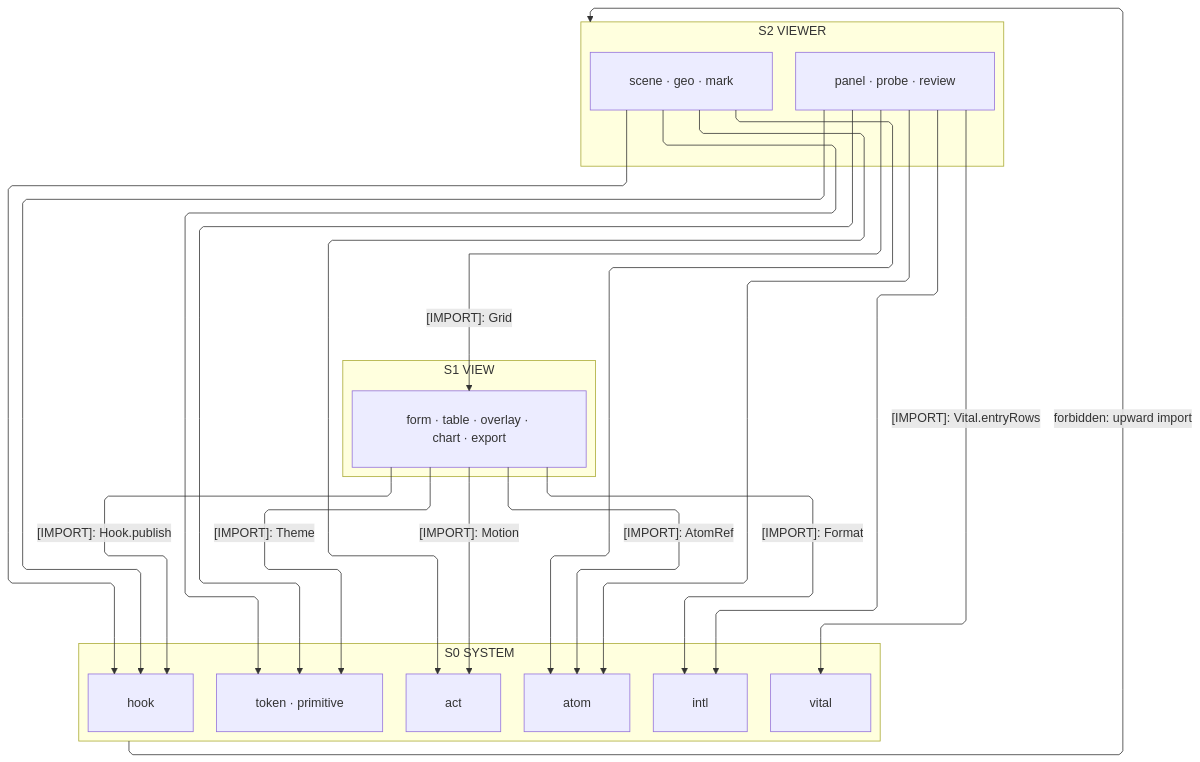
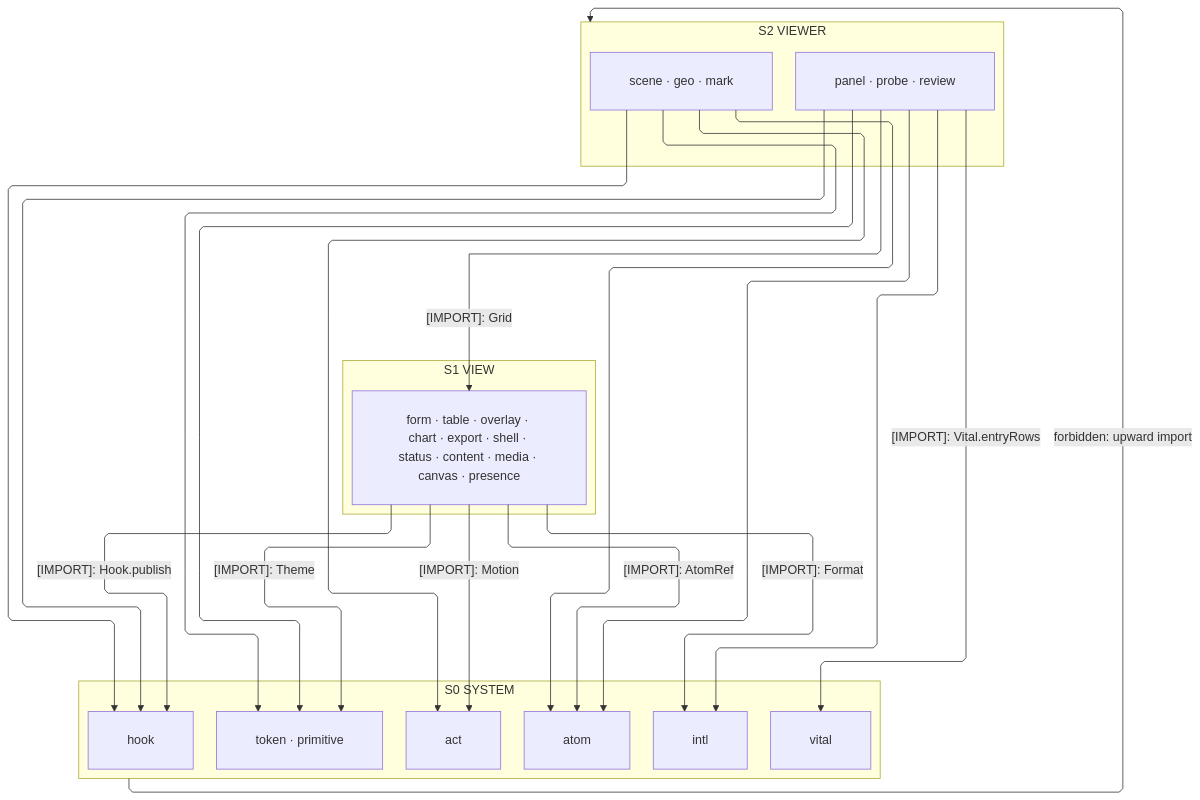
Before and after one commit to bsamiee/Rasm: the first of 3 diagrams in libs/typescript/ui/ARCHITECTURE.md, drawn with Mermaid. The commit also changed other lines of this file and 44 other files, not shown here.

````diff
--- a/libs/typescript/ui/ARCHITECTURE.md
+++ b/libs/typescript/ui/ARCHITECTURE.md
@@ -45,43 +55,43 @@
 ```mermaid
 ---
 config:
   layout: elk
   flowchart:
     curve: linear
     padding: 25
 ---
 flowchart TB
     accTitle: Ui interior import strata
     accDescr: Three strata — the viewer project over the view surfaces onto the system floor; imports downward, one forbidden upward edge.
     subgraph S2["S2 VIEWER"]
         Scene["scene · geo · mark"]
         Board["panel · probe · review"]
     end
     subgraph S1["S1 VIEW"]
-        View["form · table · overlay · chart · export"]
+        View["form · table · overlay · chart · export · shell · status · content · media · canvas · presence"]
     end
     subgraph S0["S0 SYSTEM"]
         Token["token · primitive"]
         Act[act]
         Atom[atom]
         Intl[intl]
         Hook[hook]
         Vital[vital]
     end
     View e1@-->|"[IMPORT]: AtomRef"| Atom
     View e2@-->|"[IMPORT]: Format"| Intl
     View e3@-->|"[IMPORT]: Theme"| Token
     View e4@-->|"[IMPORT]: Motion"| Act
     View e12@-->|"[IMPORT]: Hook.publish"| Hook
     Scene e5@--> Token
     Scene e6@--> Act
     Scene e7@--> Atom
     Scene e13@--> Hook
     Board e8@--> Atom
     Board e9@--> Intl
     Board e10@--> Token
     Board e11@-->|"[IMPORT]: Grid"| View
     Board e14@-->|"[IMPORT]: Vital.entryRows"| Vital
     Board e15@--> Hook
     S0 f1@-->|"forbidden: upward import"| S2
 ```
````
